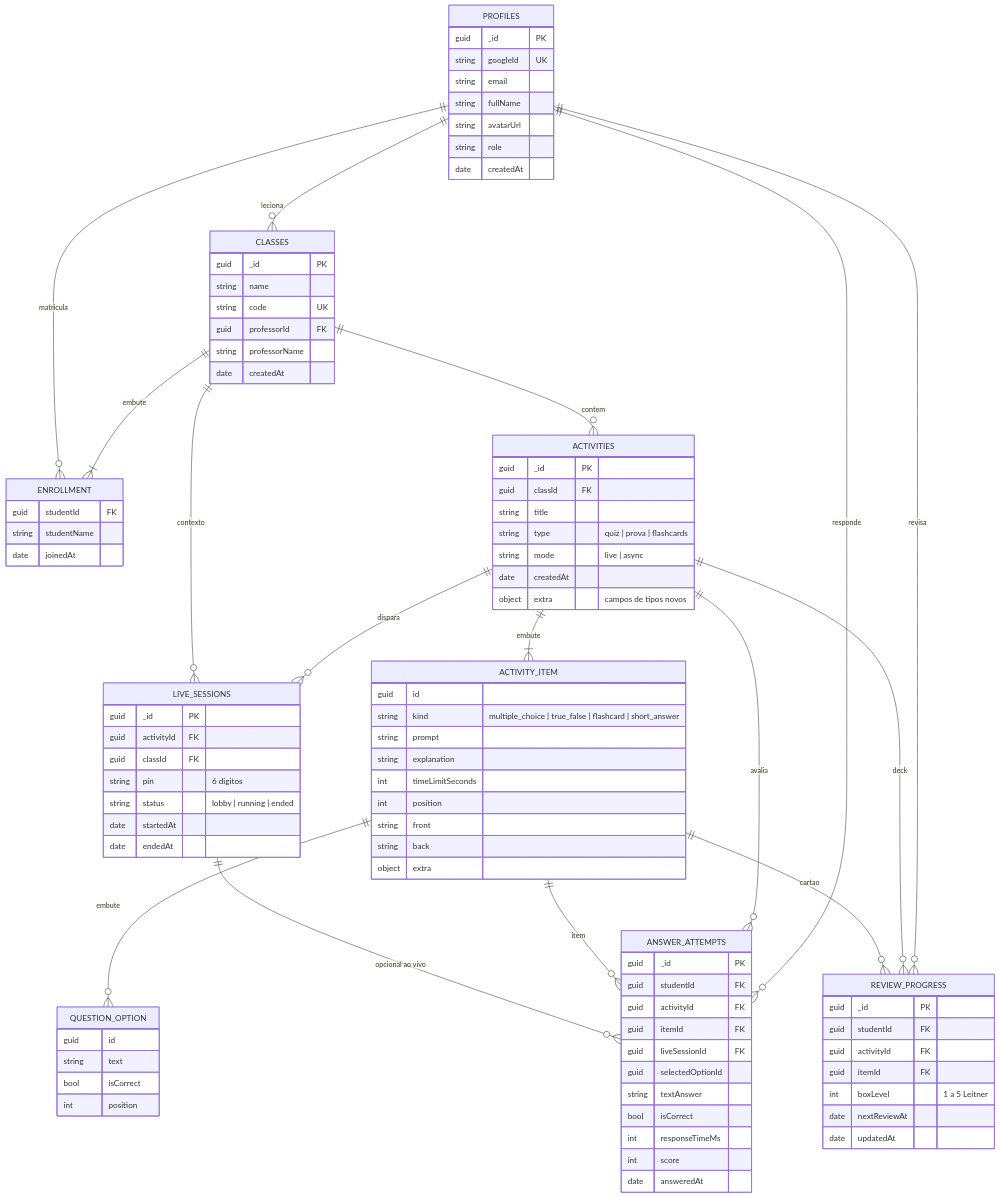
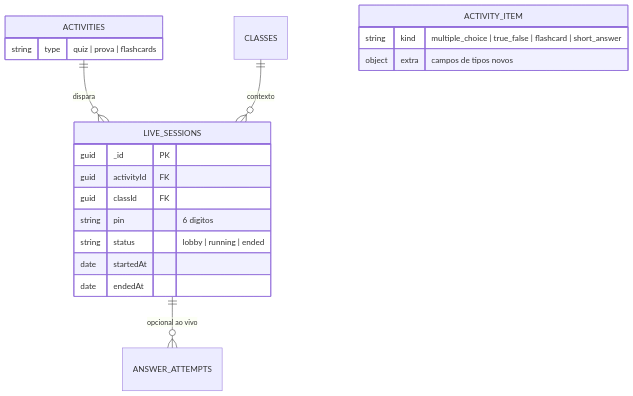
The third of 6 diagrams in docs/diagrama-banco-dados.md (brenorosa10/Projeto_TCC), drawn with Mermaid before and after one commit. The commit also changed other lines of this file and 31 other files, not shown here.

````diff
--- a/docs/diagrama-banco-dados.md
+++ b/docs/diagrama-banco-dados.md
@@ -81,74 +171,8 @@
 ```mermaid
 erDiagram
-  PROFILES ||--o{ CLASSES : leciona
-  CLASSES ||--|{ ENROLLMENT : embute
-  PROFILES ||--o{ ENROLLMENT : matricula
-  CLASSES ||--o{ ACTIVITIES : contem
-  ACTIVITIES ||--|{ ACTIVITY_ITEM : embute
-  ACTIVITY_ITEM ||--o{ QUESTION_OPTION : embute
   ACTIVITIES ||--o{ LIVE_SESSIONS : dispara
   CLASSES ||--o{ LIVE_SESSIONS : contexto
-  PROFILES ||--o{ ANSWER_ATTEMPTS : responde
-  ACTIVITIES ||--o{ ANSWER_ATTEMPTS : avalia
-  ACTIVITY_ITEM ||--o{ ANSWER_ATTEMPTS : item
   LIVE_SESSIONS ||--o{ ANSWER_ATTEMPTS : "opcional ao vivo"
-  PROFILES ||--o{ REVIEW_PROGRESS : revisa
-  ACTIVITIES ||--o{ REVIEW_PROGRESS : deck
-  ACTIVITY_ITEM ||--o{ REVIEW_PROGRESS : cartao
-
-  PROFILES {
-    guid _id PK
-    string googleId UK
-    string email
-    string fullName
-    string avatarUrl
-    string role
-    date createdAt
-  }
-
-  CLASSES {
-    guid _id PK
-    string name
-    string code UK
-    guid professorId FK
-    string professorName
-    date createdAt
-  }
-
-  ENROLLMENT {
-    guid studentId FK
-    string studentName
-    date joinedAt
-  }
-
-  ACTIVITIES {
-    guid _id PK
-    guid classId FK
-    string title
-    string type "quiz | prova | flashcards"
-    string mode "live | async"
-    date createdAt
-    object extra "campos de tipos novos"
-  }
-
-  ACTIVITY_ITEM {
-    guid id
-    string kind "multiple_choice | true_false | flashcard | short_answer"
-    string prompt
-    string explanation
-    int timeLimitSeconds
-    int position
-    string front
-    string back
-    object extra
-  }
-
-  QUESTION_OPTION {
-    guid id
-    string text
-    bool isCorrect
-    int position
-  }
 
   LIVE_SESSIONS {
     guid _id PK
@@ -160,27 +184,12 @@
     date endedAt
   }
 
-  ANSWER_ATTEMPTS {
-    guid _id PK
-    guid studentId FK
-    guid activityId FK
-    guid itemId FK
-    guid liveSessionId FK
-    guid selectedOptionId
-    string textAnswer
-    bool isCorrect
-    int responseTimeMs
-    int score
-    date answeredAt
+  ACTIVITIES {
+    string type "quiz | prova | flashcards"
   }
 
-  REVIEW_PROGRESS {
-    guid _id PK
-    guid studentId FK
-    guid activityId FK
-    guid itemId FK
-    int boxLevel "1 a 5 Leitner"
-    date nextReviewAt
-    date updatedAt
+  ACTIVITY_ITEM {
+    string kind "multiple_choice | true_false | flashcard | short_answer"
+    object extra "campos de tipos novos"
   }
 ```
````
